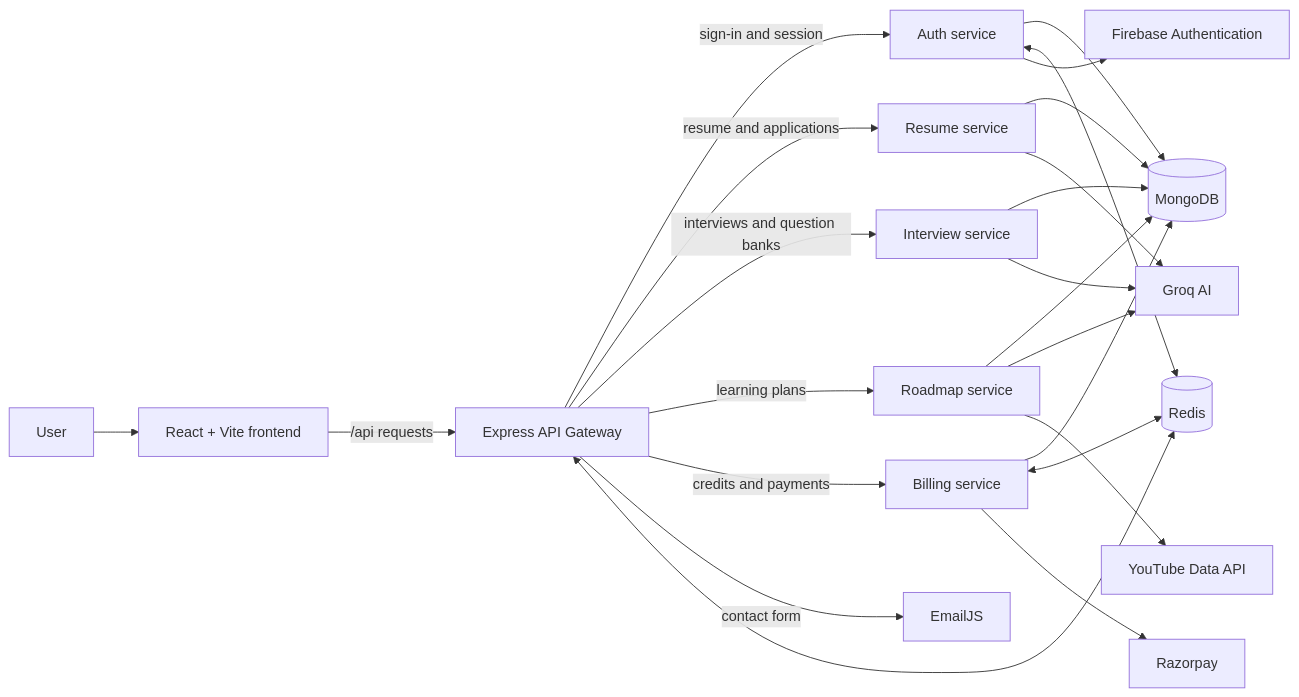
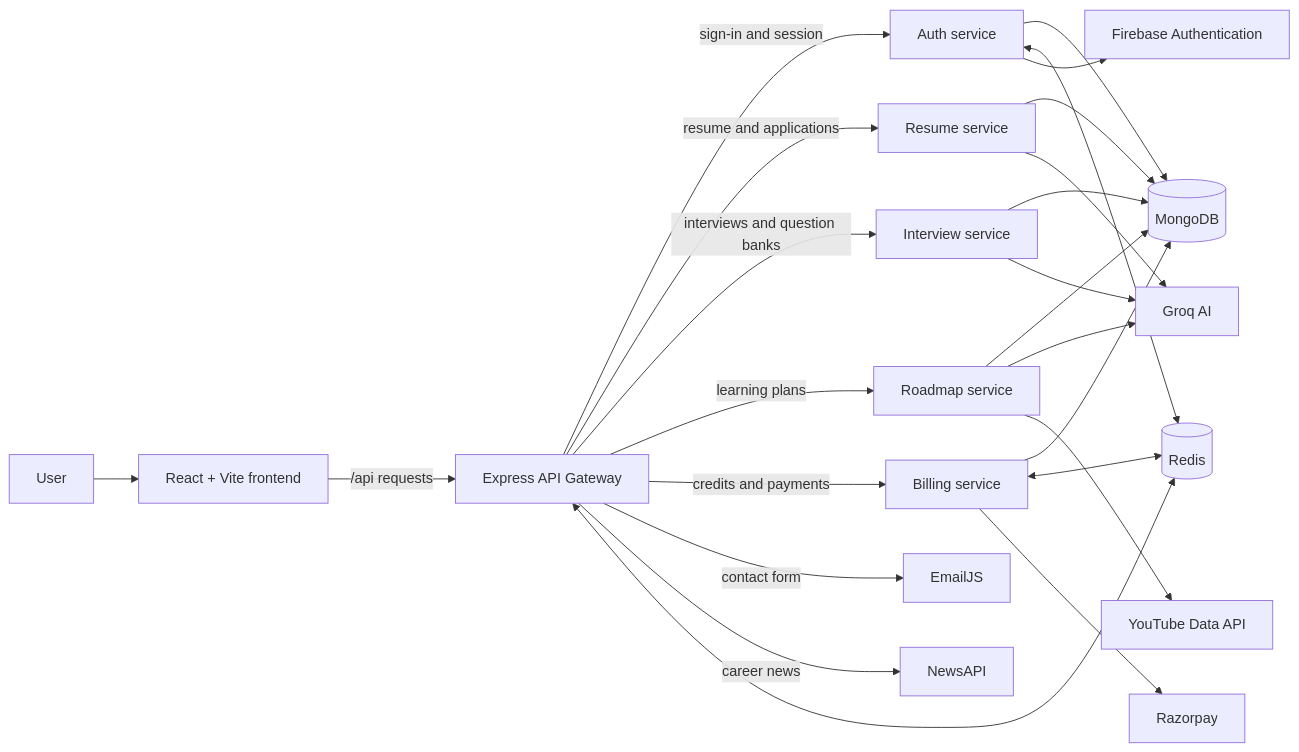
Before and after one commit to TheLearnerAllTime002/Intervue-AI: the diagram in README.md, drawn with Mermaid. The commit also changed other lines of this file and 5 other files, not shown here.

````diff
--- a/README.md
+++ b/README.md
@@ -44,25 +47,26 @@
 ```mermaid
 flowchart LR
     U[User] --> FE[React + Vite frontend]
     FE -->|/api requests| GW[Express API Gateway]
     GW -->|sign-in and session| AUTH[Auth service]
     GW -->|resume and applications| RESUME[Resume service]
     GW -->|interviews and question banks| INTERVIEW[Interview service]
     GW -->|learning plans| ROADMAP[Roadmap service]
     GW -->|credits and payments| BILLING[Billing service]
     GW -->|contact form| EMAIL[EmailJS]
+    GW -->|career news| NEWS[NewsAPI]
     AUTH --> MDB[(MongoDB)]
     RESUME --> MDB
     INTERVIEW --> MDB
     ROADMAP --> MDB
     BILLING --> MDB
     AUTH <--> REDIS[(Redis)]
     GW <--> REDIS
     BILLING <--> REDIS
     RESUME --> AI[Groq AI]
     INTERVIEW --> AI
     ROADMAP --> AI
     ROADMAP --> YT[YouTube Data API]
     BILLING --> RP[Razorpay]
     AUTH --> FB[Firebase Authentication]
 ```
````
